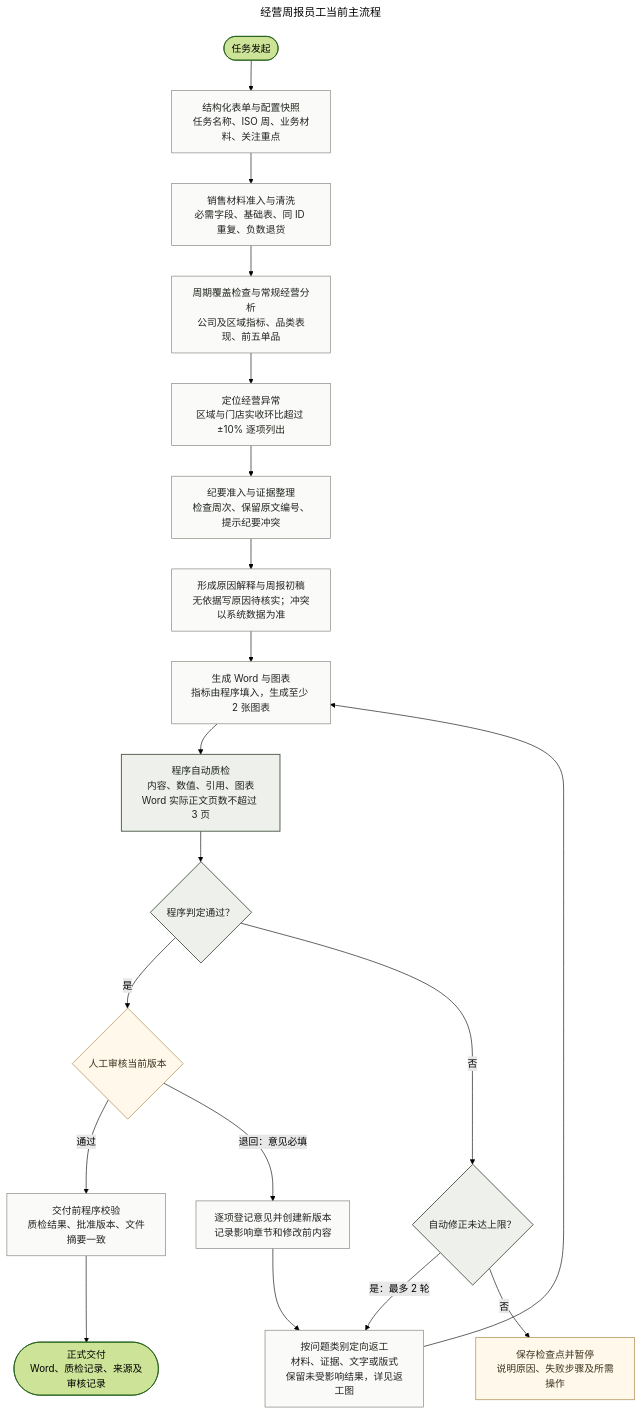
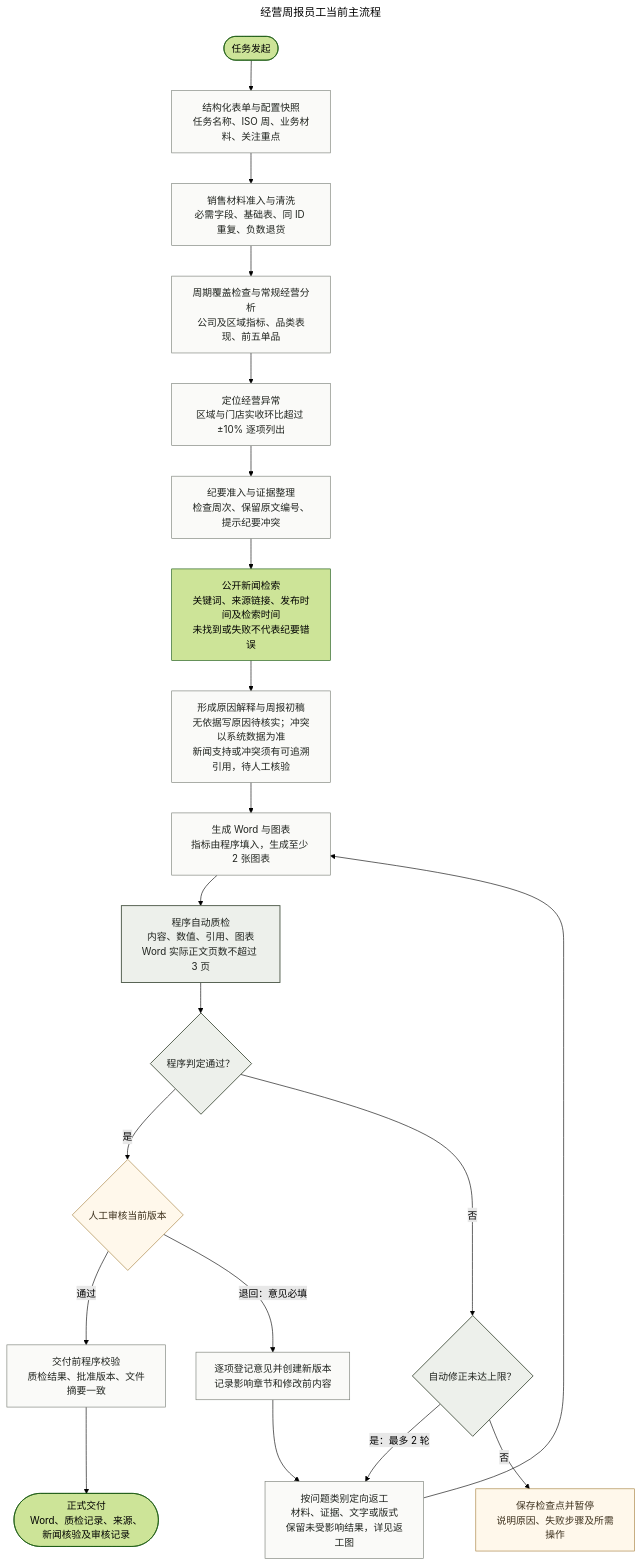
The diagram in docs/diagrams/weekly-report-current.mmd (woliekaile47/weekly-report-agent), drawn with Mermaid (forest theme) before and after one commit. The commit also changed 24 other files, not shown here.

```diff
--- a/docs/diagrams/weekly-report-current.mmd
+++ b/docs/diagrams/weekly-report-current.mmd
@@ -1,33 +1,34 @@
 ---
 title: 经营周报员工当前主流程
 ---
 flowchart TB
     accTitle: 经营周报员工当前业务流程
     accDescr: 主流程从上到下，自动修正和人工退回进入定向返工，再生成文件与重新质检；缺材料、故障及超限进入暂停。常规分析和异常定位属于同一计算节点的业务展开。
 
     START([任务发起]) --> FORM["结构化表单与配置快照<br/>任务名称、ISO 周、业务材料、关注重点"]
     FORM --> INGEST["销售材料准入与清洗<br/>必需字段、基础表、同 ID 重复、负数退货"]
     INGEST --> CALCULATE["周期覆盖检查与常规经营分析<br/>公司及区域指标、品类表现、前五单品"]
     CALCULATE --> ANOMALY["定位经营异常<br/>区域与门店实收环比超过 ±10% 逐项列出"]
     ANOMALY --> EVIDENCE["纪要准入与证据整理<br/>检查周次、保留原文编号、提示纪要冲突"]
-    EVIDENCE --> ANALYZE["形成原因解释与周报初稿<br/>无依据写原因待核实；冲突以系统数据为准"]
+    EVIDENCE --> NEWS["公开新闻检索<br/>关键词、来源链接、发布时间及检索时间<br/>未找到或失败不代表纪要错误"]
+    NEWS --> ANALYZE["形成原因解释与周报初稿<br/>无依据写原因待核实；冲突以系统数据为准<br/>新闻支持或冲突须有可追溯引用，待人工核验"]
     ANALYZE --> RENDER["生成 Word 与图表<br/>指标由程序填入，生成至少 2 张图表"]
     RENDER --> QUALITY["程序自动质检<br/>内容、数值、引用、图表<br/>Word 实际正文页数不超过 3 页"]
     QUALITY --> PASS{"程序判定通过？"}
     PASS -->|是| HUMAN{"人工审核当前版本"}
     HUMAN -->|通过| FINALIZE["交付前程序校验<br/>质检结果、批准版本、文件摘要一致"]
-    FINALIZE --> DONE(["正式交付<br/>Word、质检记录、来源及审核记录"])
+    FINALIZE --> DONE(["正式交付<br/>Word、质检记录、来源、新闻核验及审核记录"])
 
     PASS -->|否| LIMIT{"自动修正未达上限？"}
     LIMIT -->|是：最多 2 轮| REPAIR["按问题类别定向返工<br/>材料、证据、文字或版式<br/>保留未受影响结果，详见返工图"]
     REPAIR --> RENDER
     LIMIT -->|否| PAUSE["保存检查点并暂停<br/>说明原因、失败步骤及所需操作"]
     HUMAN -->|退回：意见必填| REVISE["逐项登记意见并创建新版本<br/>记录影响章节和修改前内容"]
     REVISE --> REPAIR
 
     classDef main fill:#fafaf8,stroke:#777c74,color:#20241f,stroke-width:1px;
     classDef gate fill:#edf0eb,stroke:#4c5847,color:#20241f,stroke-width:1.5px;
     classDef manual fill:#fff8eb,stroke:#a47d39,color:#3e321e,stroke-width:1px;
     class FORM,INGEST,CALCULATE,ANOMALY,EVIDENCE,ANALYZE,RENDER,REPAIR,REVISE,FINALIZE main;
     class QUALITY,PASS,LIMIT gate;
     class HUMAN,PAUSE manual;
```
